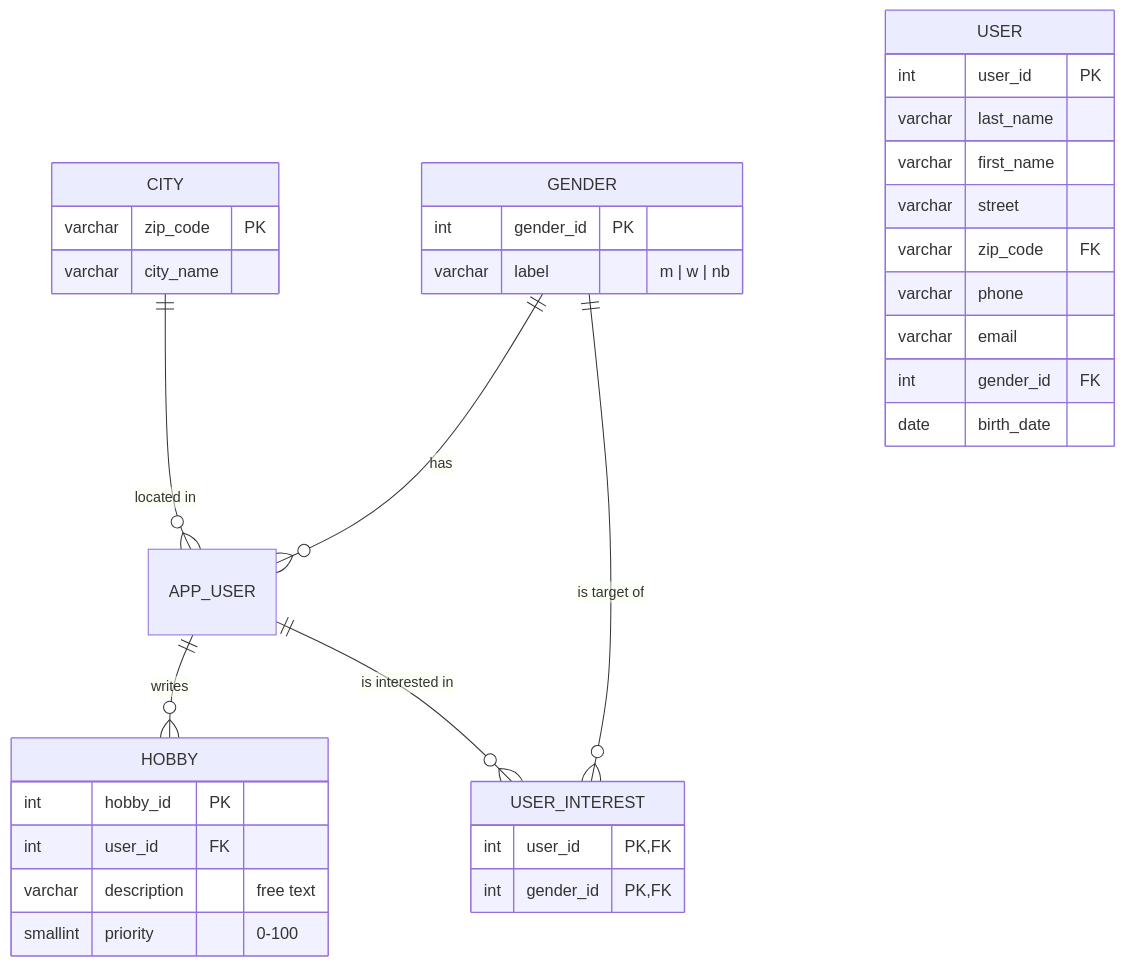
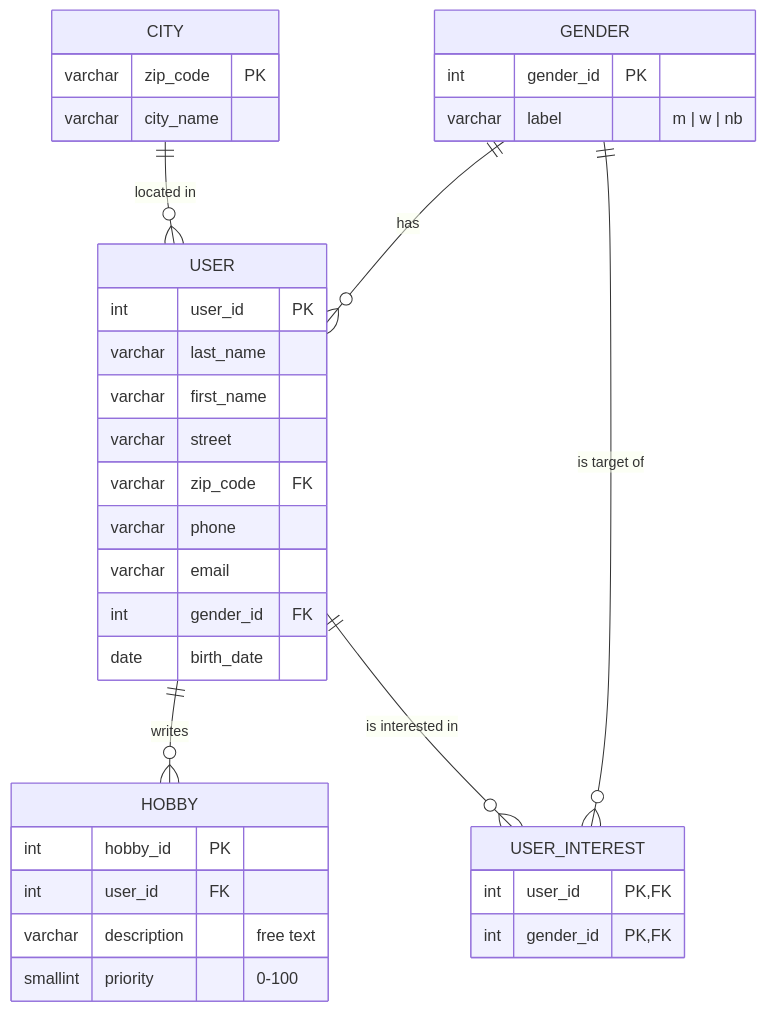
One commit to Henrikbch1/LetsMeet changed the diagram in databaseSchema.md. Above: the diagram before and after it, drawn with Mermaid.

Commit message:
fix db schema

````diff
--- a/databaseSchema.md
+++ b/databaseSchema.md
@@ -1,42 +1,42 @@
 ```mermaid
 erDiagram
     CITY {
         varchar zip_code PK
         varchar city_name
     }
 
     GENDER {
         int gender_id PK
         varchar label "m | w | nb"
     }
 
     USER {  
         int user_id PK
         varchar last_name
         varchar first_name
         varchar street
         varchar zip_code FK
         varchar phone
         varchar email
         int gender_id FK
         date birth_date
     }
 
     HOBBY {
         int hobby_id PK
         int user_id FK
         varchar description "free text"
         smallint priority "0-100"
     }
 
     USER_INTEREST {
         int user_id PK,FK
         int gender_id PK,FK
     }
 
-    CITY      ||--o{ APP_USER      : "located in"
-    GENDER    ||--o{ APP_USER      : "has"
-    APP_USER  ||--o{ HOBBY         : "writes"
-    APP_USER  ||--o{ USER_INTEREST : "is interested in"
+    CITY      ||--o{ USER      : "located in"
+    GENDER    ||--o{ USER      : "has"
+    USER  ||--o{ HOBBY         : "writes"
+    USER  ||--o{ USER_INTEREST : "is interested in"
     GENDER    ||--o{ USER_INTEREST : "is target of"
 ```
````
